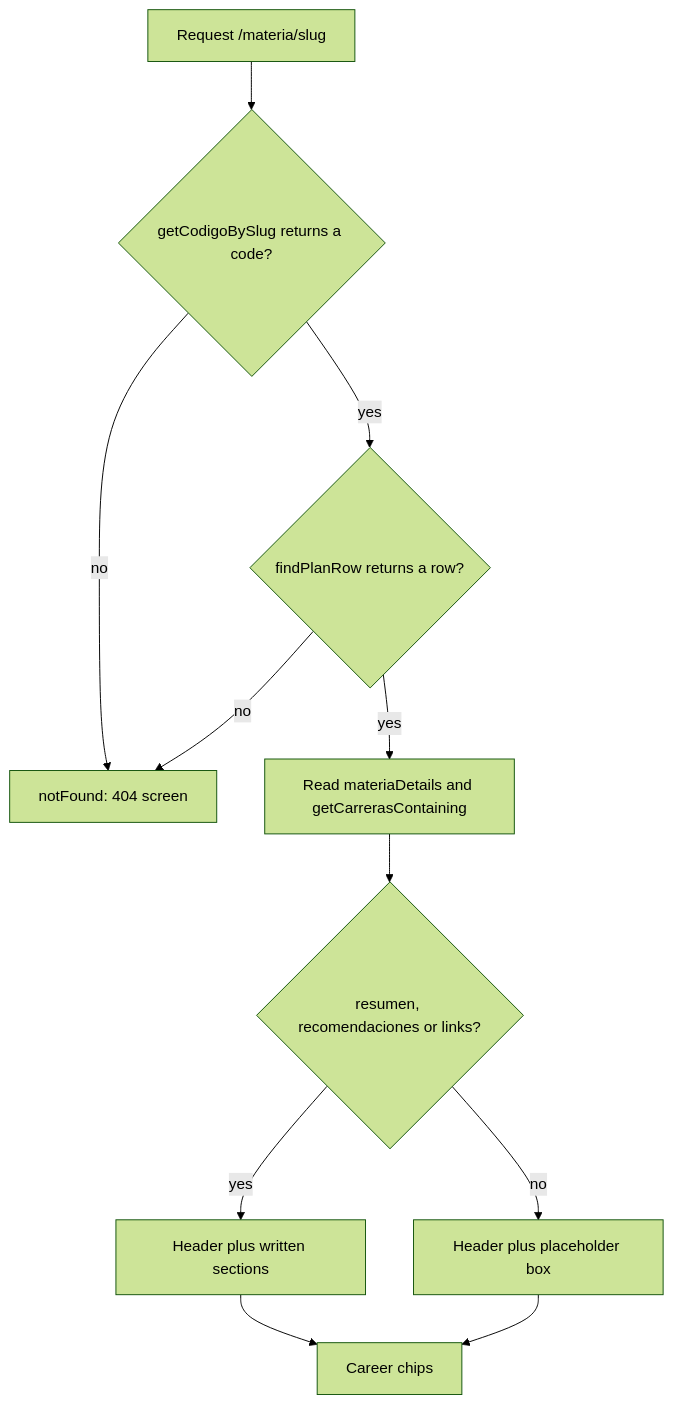
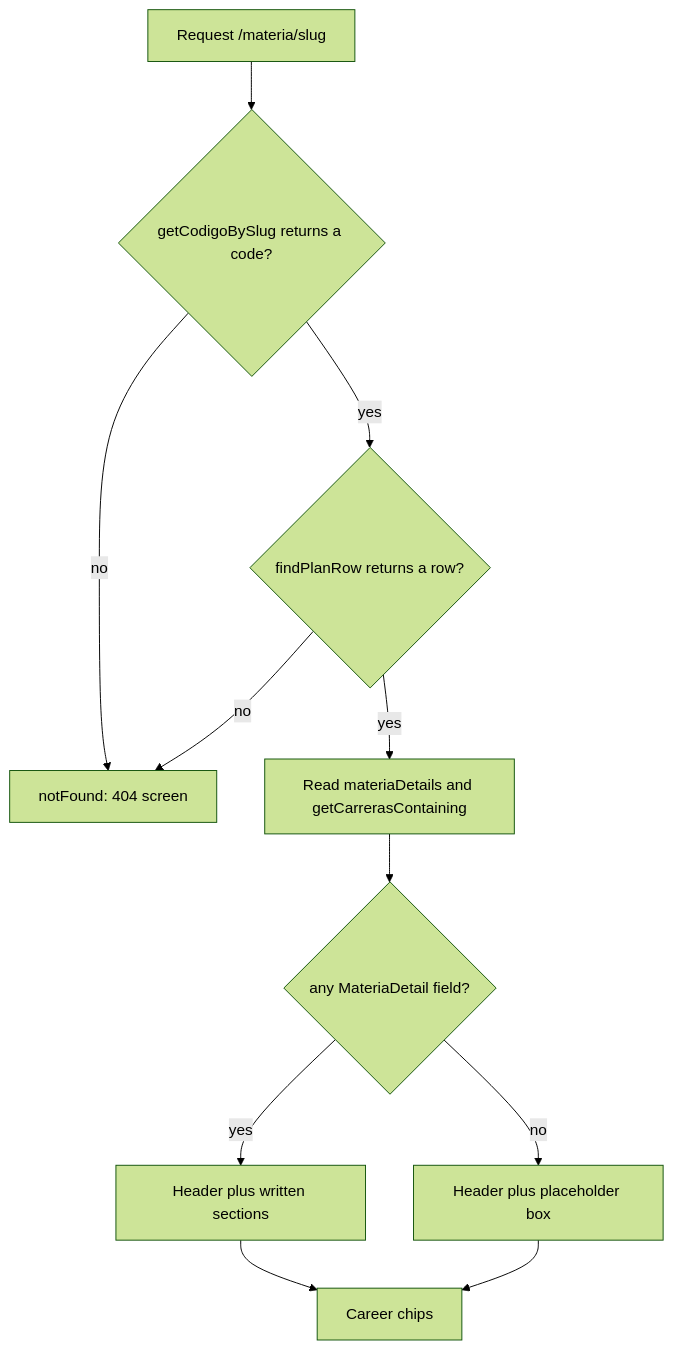
The diagram in docs/features/subject-page/README.md (MatiasGuaymas/Blog_Informatica), drawn with Mermaid (forest theme) before and after one commit. The commit also changed other lines of this file and 4 other files, not shown here.

First line of the commit message:
feat(subjects): render the seven-section subject page schema

````diff
--- a/docs/features/subject-page/README.md
+++ b/docs/features/subject-page/README.md
@@ -169,13 +173,13 @@
 ```mermaid
 flowchart TD
   req["Request /materia/slug"] --> code{"getCodigoBySlug returns a code?"}
   code -- "no" --> nf["notFound: 404 screen"]
   code -- "yes" --> row{"findPlanRow returns a row?"}
   row -- "no" --> nf
   row -- "yes" --> load["Read materiaDetails and getCarrerasContaining"]
-  load --> has{"resumen, recomendaciones or links?"}
+  load --> has{"any MateriaDetail field?"}
   has -- "yes" --> full["Header plus written sections"]
   has -- "no" --> ph["Header plus placeholder box"]
   full --> chips["Career chips"]
   ph --> chips
 ```
````
